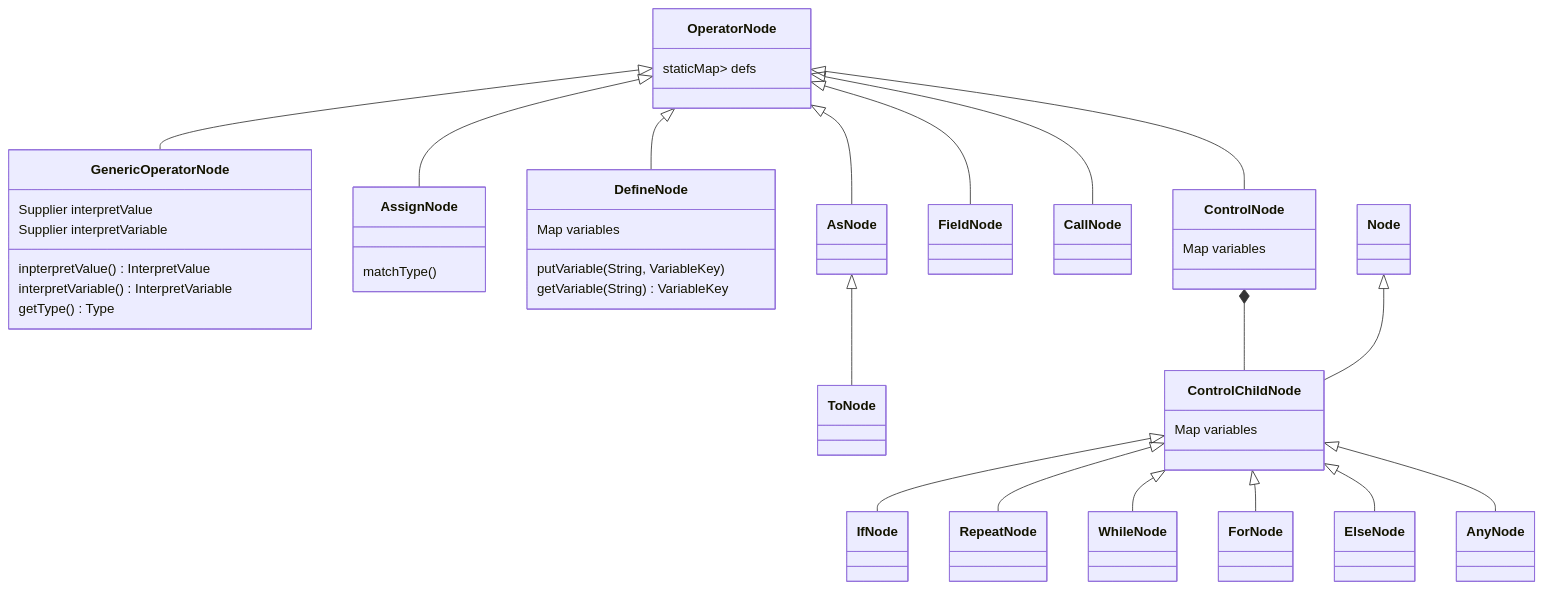
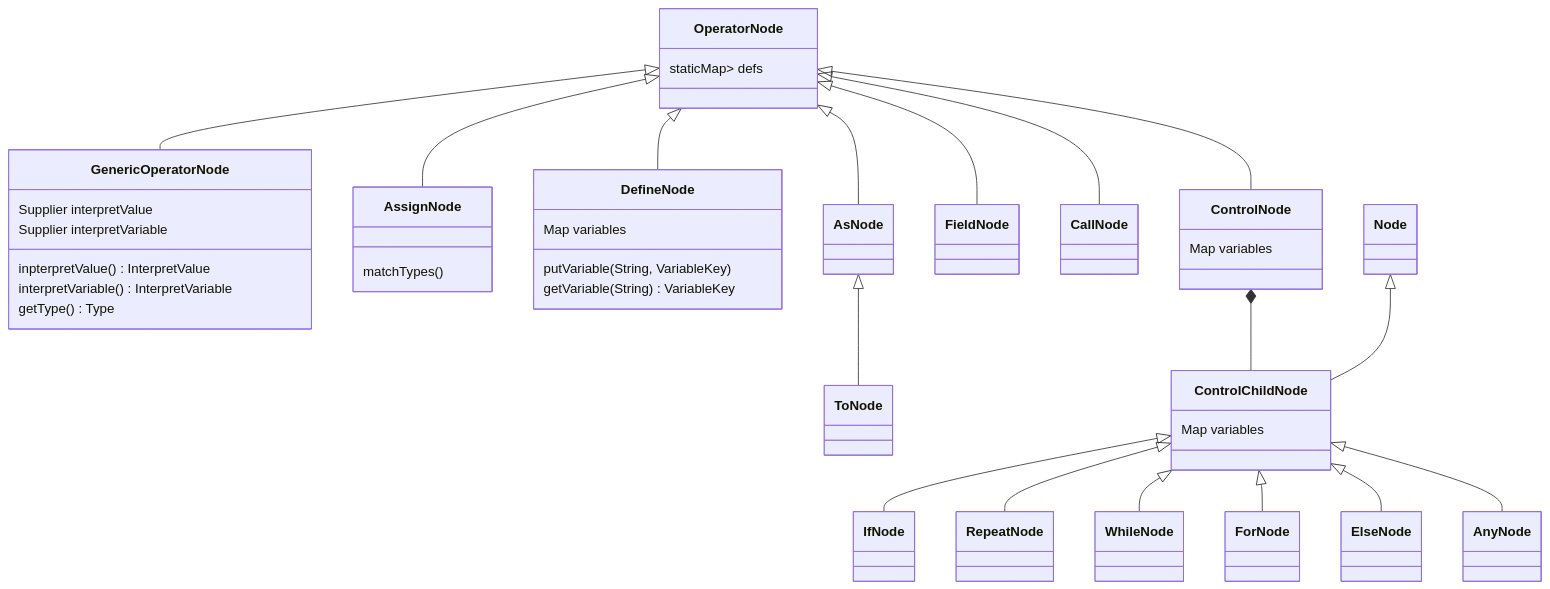
Before and after one commit to Jzhyang1/Monomer: the third of 5 diagrams in Implementation.md, drawn with Mermaid. The commit also changed other lines of this file, not shown here.

Commit message:
Implementation.md updated from https://stackedit.io/

````diff
--- a/Implementation.md
+++ b/Implementation.md
@@ -150,37 +150,37 @@
 ```mermaid
 classDiagram
 OperatorNode <|-- GenericOperatorNode
 OperatorNode <|-- AssignNode
 OperatorNode <|-- DefineNode
 OperatorNode <|-- AsNode
 AsNode <|-- ToNode
 OperatorNode <|-- FieldNode
 OperatorNode <|-- CallNode
 OperatorNode <|-- ControlNode
 ControlNode *-- ControlChildNode
 Node <|-- ControlChildNode
 ControlChildNode <|-- IfNode
 ControlChildNode <|-- RepeatNode
 ControlChildNode <|-- WhileNode
 ControlChildNode <|-- ForNode
 ControlChildNode <|-- ElseNode
 ControlChildNode <|-- AnyNode
 
 OperatorNode: staticMap<String,Supplier<OperatorNode>> defs
 
 GenericOperatorNode: Supplier<InterpretValue> interpretValue
 GenericOperatorNode: Supplier<InterpretVariable> interpretVariable
 GenericOperatorNode: inpterpretValue() InterpretValue
 GenericOperatorNode: interpretVariable() InterpretVariable
 GenericOperatorNode: getType() Type
 
-AssignNode: matchType()
+AssignNode: matchTypes()
 
 DefineNode: Map<String,VariableKey> variables
 DefineNode: putVariable(String, VariableKey)
 DefineNode: getVariable(String) VariableKey
 
 ControlNode: Map<String,VariableKey> variables
 
 ControlChildNode: Map<String,VariableKey> variables
 ```
````
